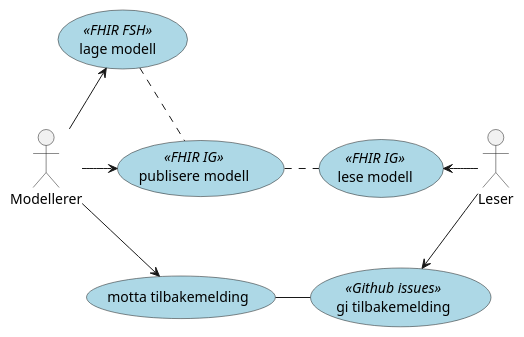
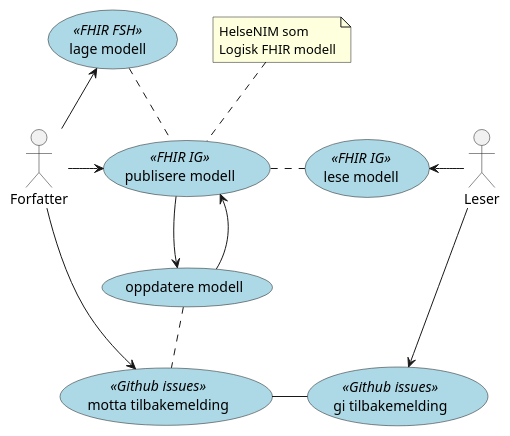
The diagram in HelseNIM/input/images-source/logisk-use-case.plantuml (HL7Norway/Test-HelseNIM), drawn with PlantUML before and after one commit.

Commit message:
oppdatere

```diff
--- a/HelseNIM/input/images-source/logisk-use-case.plantuml
+++ b/HelseNIM/input/images-source/logisk-use-case.plantuml
@@ -1,26 +1,36 @@
 @startuml
 
-"Modellerer" as mod 
+"Forfatter" as mod 
 '<< FHIR client >>
 "Leser" as leser 
 '<< FHIR server >>
 "lage modell" as (lage) << FHIR FSH >> #lightblue 
+note "HelseNIM som \nLogisk FHIR modell" as hnim
 '"presentere modell" as (presentere)
 "publisere modell" as (publisere) << FHIR IG >> #lightblue
 "lese modell" as (lese) << FHIR IG >> #lightblue
+"oppdatere modell" as (oppdatere) #lightblue
 "gi tilbakemelding" as (tilbake) << Github issues >> #lightblue
-"motta tilbakemelding" as (motta) #lightblue
+"motta tilbakemelding" as (motta) << Github issues >> #lightblue
 
 (lage) .down. (publisere)
-(publisere) .down[hidden]. (motta)
+(publisere) .down[hidden]. (oppdatere)
+(oppdatere) .down. (motta)
 (lese) .down[hidden]. (tilbake)
+publisere .up. hnim
+leser .up[hidden]. hnim
+lage .right[hidden]. hnim
+publisere -down-> oppdatere
+oppdatere .up[hidden]. publisere
+oppdatere -up-> publisere
+'mod -down-> oppdatere
 
 mod -up-> (lage)
 mod -right-> (publisere)
 (publisere) .right. (lese)
 mod -down-> motta
 (motta) -right- (tilbake)
 leser -left-> (lese)
 leser -down-> (tilbake)
 
 @enduml
```
